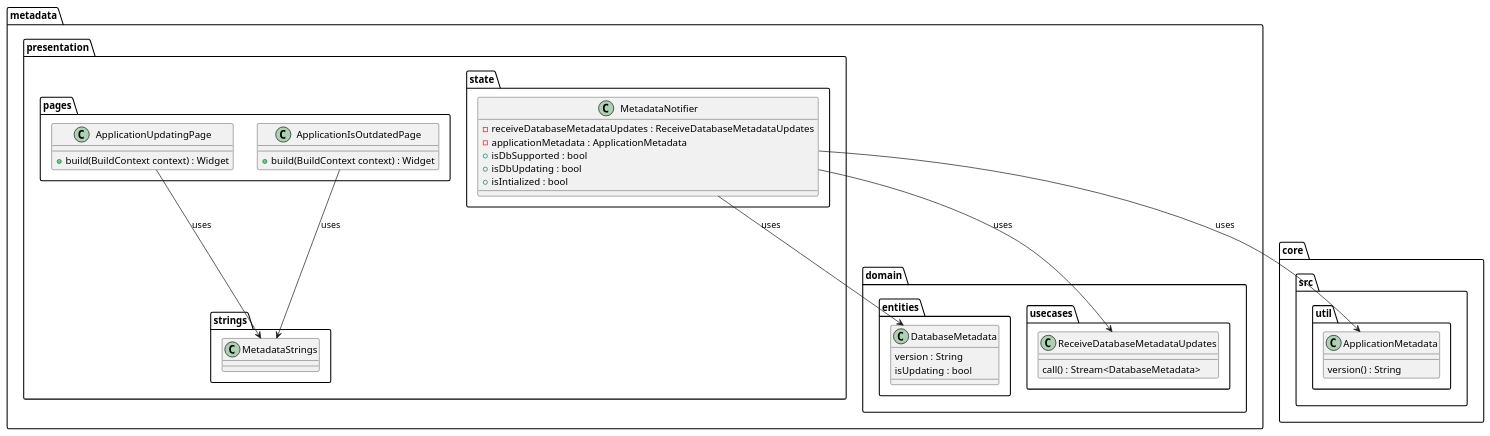
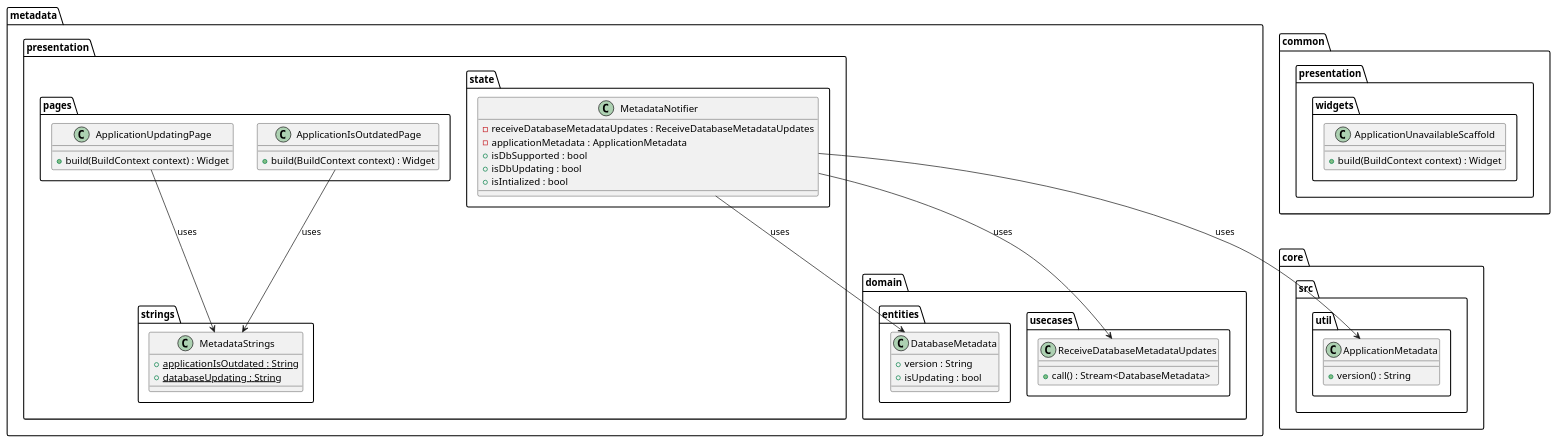
One commit to Flank/flank-dashboard changed the diagram in metrics/web/docs/features/database_metadata/diagrams/metadata_presentation_class_diagram.puml. Above: the diagram before and after it, drawn with PlantUML. The commit also changed 1 other file, not shown here.

Commit message:
Improve presentation layer design

```diff
--- a/metrics/web/docs/features/database_metadata/diagrams/metadata_presentation_class_diagram.puml
+++ b/metrics/web/docs/features/database_metadata/diagrams/metadata_presentation_class_diagram.puml
@@ -1,60 +1,69 @@
 @startuml metadata_presentation_class_diagram
 
 package core.src.util {
     class ApplicationMetadata {
-        version() : String
+        + version() : String
+    }
+}
+
+package common.presentation.widgets {
+    class ApplicationUnavailableScaffold {
+        + build(BuildContext context) : Widget
     }
 }
 
 package metadata {
     package domain {
         package entities {
             class DatabaseMetadata {
-                version : String
-                isUpdating : bool
+                + version : String
+                + isUpdating : bool
             }
         }
 
 
         package usecases {
             class ReceiveDatabaseMetadataUpdates {
-                call() : Stream<DatabaseMetadata>
+                + call() : Stream<DatabaseMetadata>
             }
         }
     }
 
     package presentation {
         package state {
             class MetadataNotifier {
                 - receiveDatabaseMetadataUpdates : ReceiveDatabaseMetadataUpdates
                 - applicationMetadata : ApplicationMetadata
                 + isDbSupported : bool
                 + isDbUpdating : bool
                 + isIntialized : bool
             }
         }
 
         package pages {
             class ApplicationUpdatingPage {
                 + build(BuildContext context) : Widget
             }
             class ApplicationIsOutdatedPage {
                 + build(BuildContext context) : Widget
             }
         }
 
         package strings {
-            class MetadataStrings {}
+            class MetadataStrings {
+                + {static} applicationIsOutdated : String
+                + {static} databaseUpdating : String
+            }
         }
     }
 }
 
 MetadataNotifier --> ApplicationMetadata : uses
 MetadataNotifier --> ReceiveDatabaseMetadataUpdates : uses
 MetadataNotifier --> DatabaseMetadata : uses
 
 ApplicationUpdatingPage --> MetadataStrings : uses
 ApplicationIsOutdatedPage --> MetadataStrings : uses
 
 
 @enduml
```
